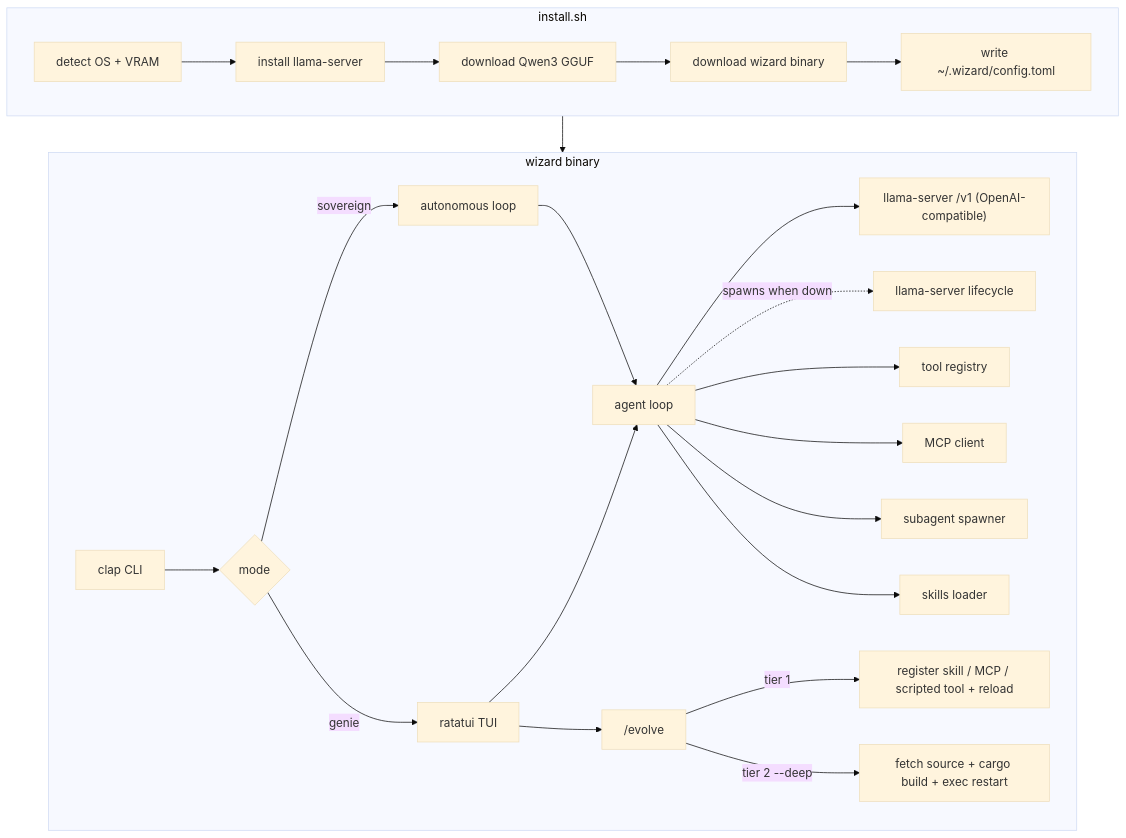
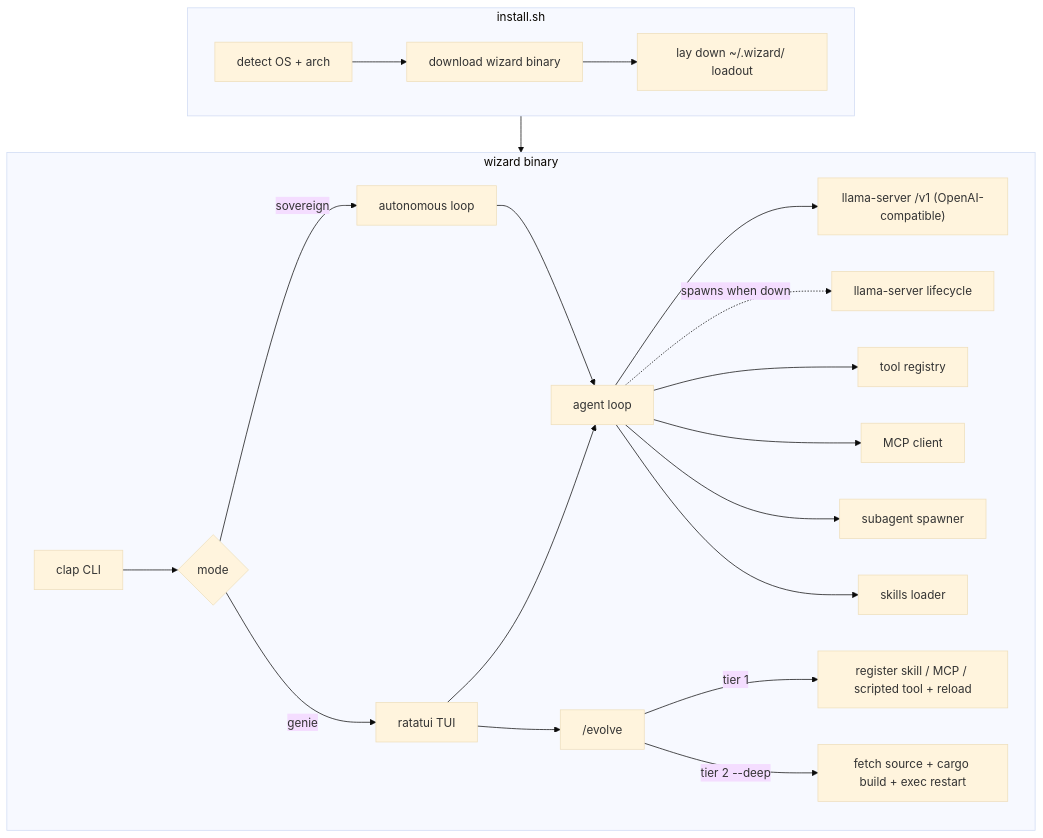
One commit to birhantprkc/wizard changed the diagram in docs/architecture.md. Above: the diagram before and after it, drawn with Mermaid (base theme). The commit also changed other lines of this file and 10 other files, not shown here.

````diff
--- a/docs/architecture.md
+++ b/docs/architecture.md
@@ -7,28 +7,26 @@
 ```mermaid
 flowchart TB
     subgraph install [install.sh]
-        A[detect OS + VRAM] --> B[install llama-server]
-        B --> C["download Qwen3 GGUF"]
-        C --> D[download wizard binary]
-        D --> E["write ~/.wizard/config.toml"]
+        A[detect OS + arch] --> D[download wizard binary]
+        D --> E["lay down ~/.wizard/ loadout"]
     end
 
     subgraph runtime [wizard binary]
         CLI[clap CLI] --> Mode{mode}
         Mode -->|genie| TUI[ratatui TUI]
         Mode -->|sovereign| Headless[autonomous loop]
         TUI --> Agent[agent loop]
         Headless --> Agent
         Agent --> LLM["llama-server /v1 (OpenAI-compatible)"]
         Agent -.spawns when down.-> Server[llama-server lifecycle]
         Agent --> Tools[tool registry]
         Agent --> MCP[MCP client]
         Agent --> Sub[subagent spawner]
         Agent --> Skills[skills loader]
         TUI --> Evolve["/evolve"]
         Evolve -->|tier 1| Live[register skill / MCP / scripted tool + reload]
         Evolve -->|tier 2 --deep| Build[fetch source + cargo build + exec restart]
     end
 
     install --> runtime
 ```
````
